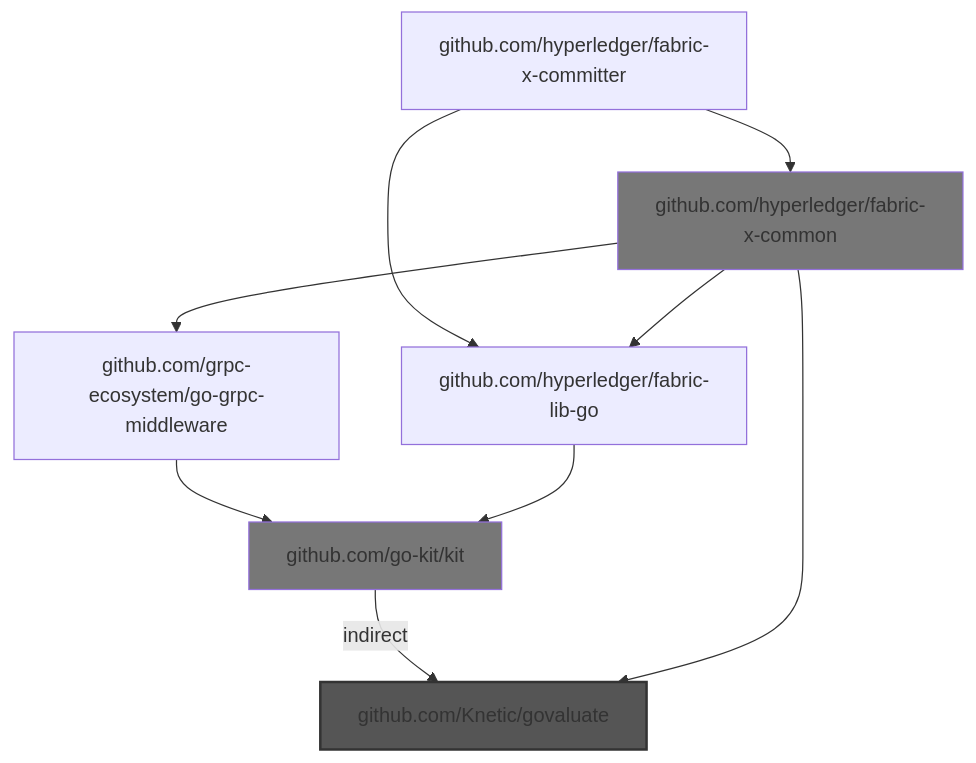
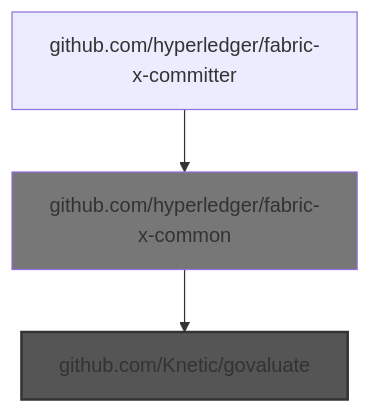
Before and after one commit to liran-funaro/fabric-x-committer: the first of 18 diagrams in bad-imports-analysis.md, drawn with Mermaid. The commit also changed other lines of this file and 1 other file, not shown here.

````diff
--- a/bad-imports-analysis.md
+++ b/bad-imports-analysis.md
@@ -5,14 +5,7 @@
 ```mermaid
 graph TD
-    github.com/go-kit/kit -->|indirect| github.com/Knetic/govaluate
-    github.com/grpc-ecosystem/go-grpc-middleware --> github.com/go-kit/kit
-    github.com/hyperledger/fabric-lib-go --> github.com/go-kit/kit
-    github.com/hyperledger/fabric-x-committer --> github.com/hyperledger/fabric-lib-go
     github.com/hyperledger/fabric-x-committer --> github.com/hyperledger/fabric-x-common
     github.com/hyperledger/fabric-x-common --> github.com/Knetic/govaluate
-    github.com/hyperledger/fabric-x-common --> github.com/grpc-ecosystem/go-grpc-middleware
-    github.com/hyperledger/fabric-x-common --> github.com/hyperledger/fabric-lib-go
     style github.com/Knetic/govaluate fill:#555,stroke:#333,stroke-width:2px
     style github.com/hyperledger/fabric-x-common fill:#777
-    style github.com/go-kit/kit fill:#777
 ```
````
